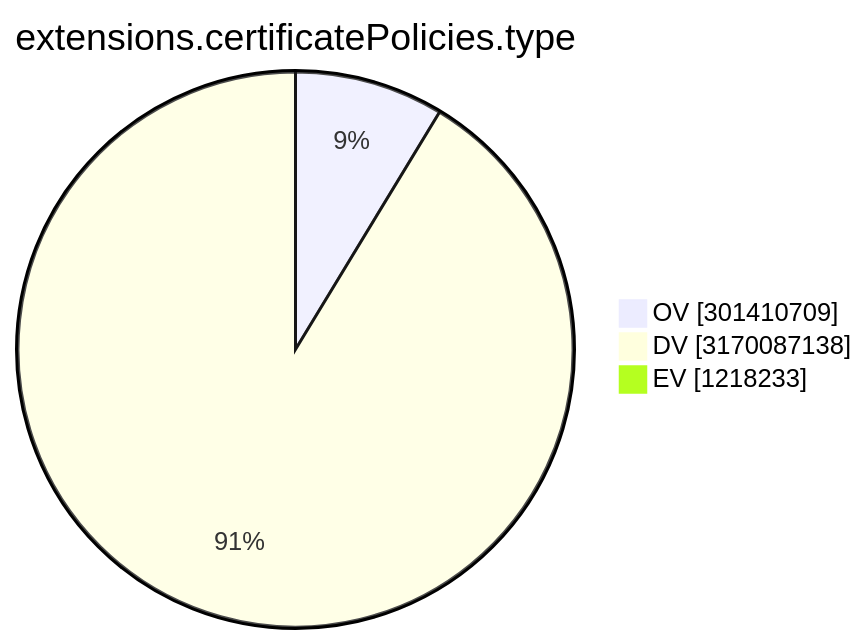
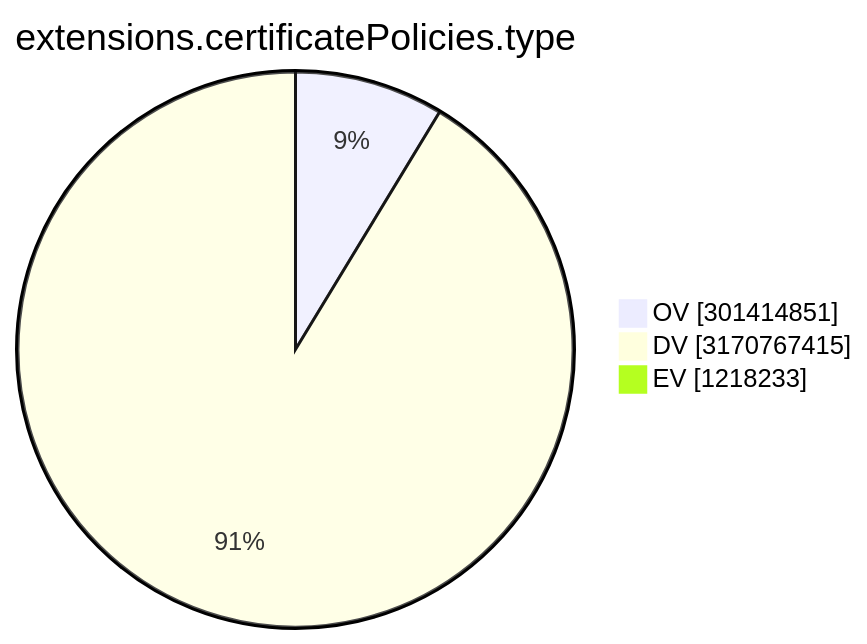
The ninth of 15 diagrams in TOTAL/README.md (christiankrug/ctmonitor_visualization), drawn with Mermaid before and after one commit. The commit also changed other lines of this file, not shown here.

````diff
--- a/TOTAL/README.md
+++ b/TOTAL/README.md
@@ -3105,7 +3105,7 @@
 ```mermaid
 pie showData
 title extensions.certificatePolicies.type
-"OV" :301410709
-"DV" :3170087138
+"OV" :301414851
+"DV" :3170767415
 "EV" :1218233
 ```
````
